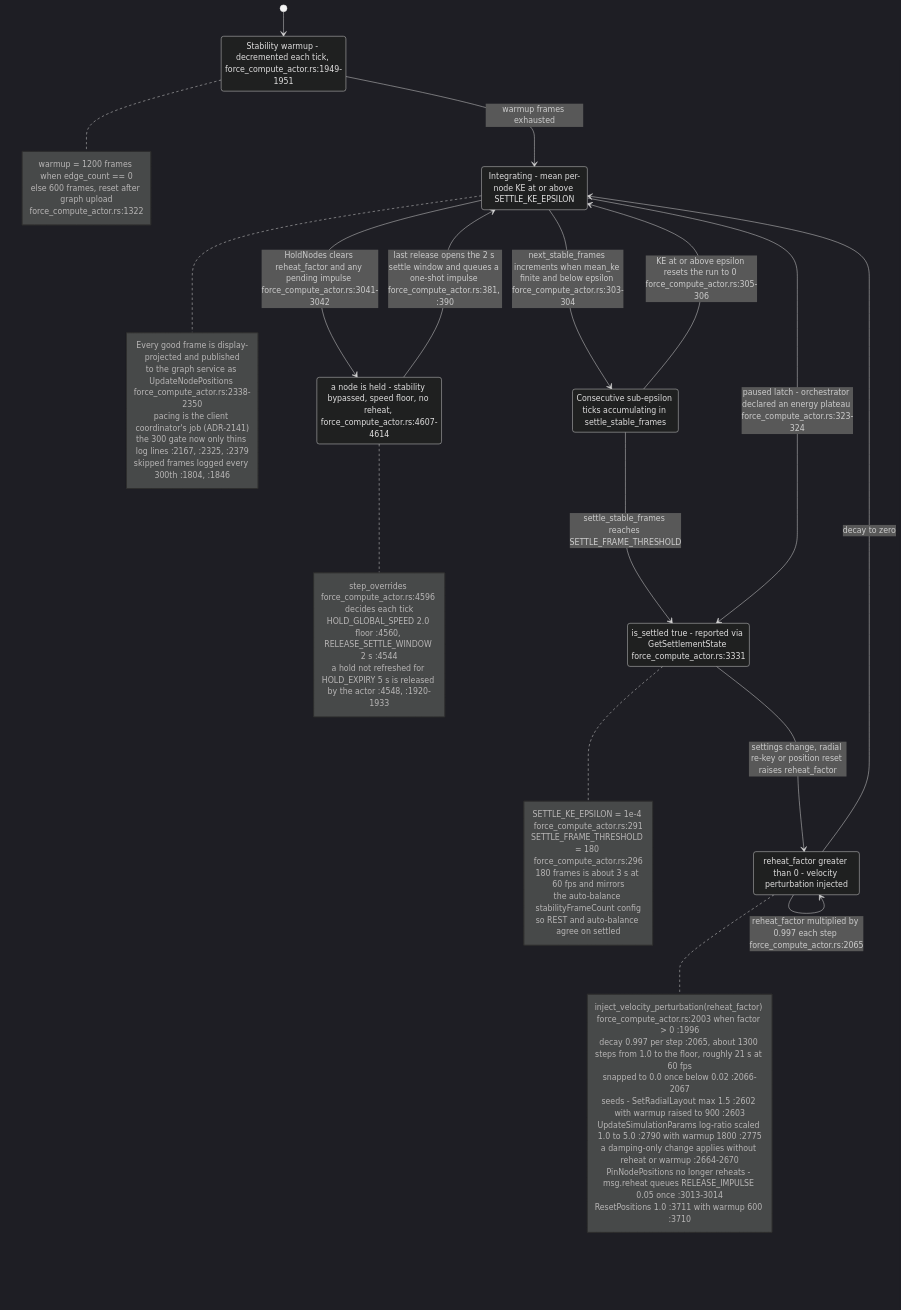
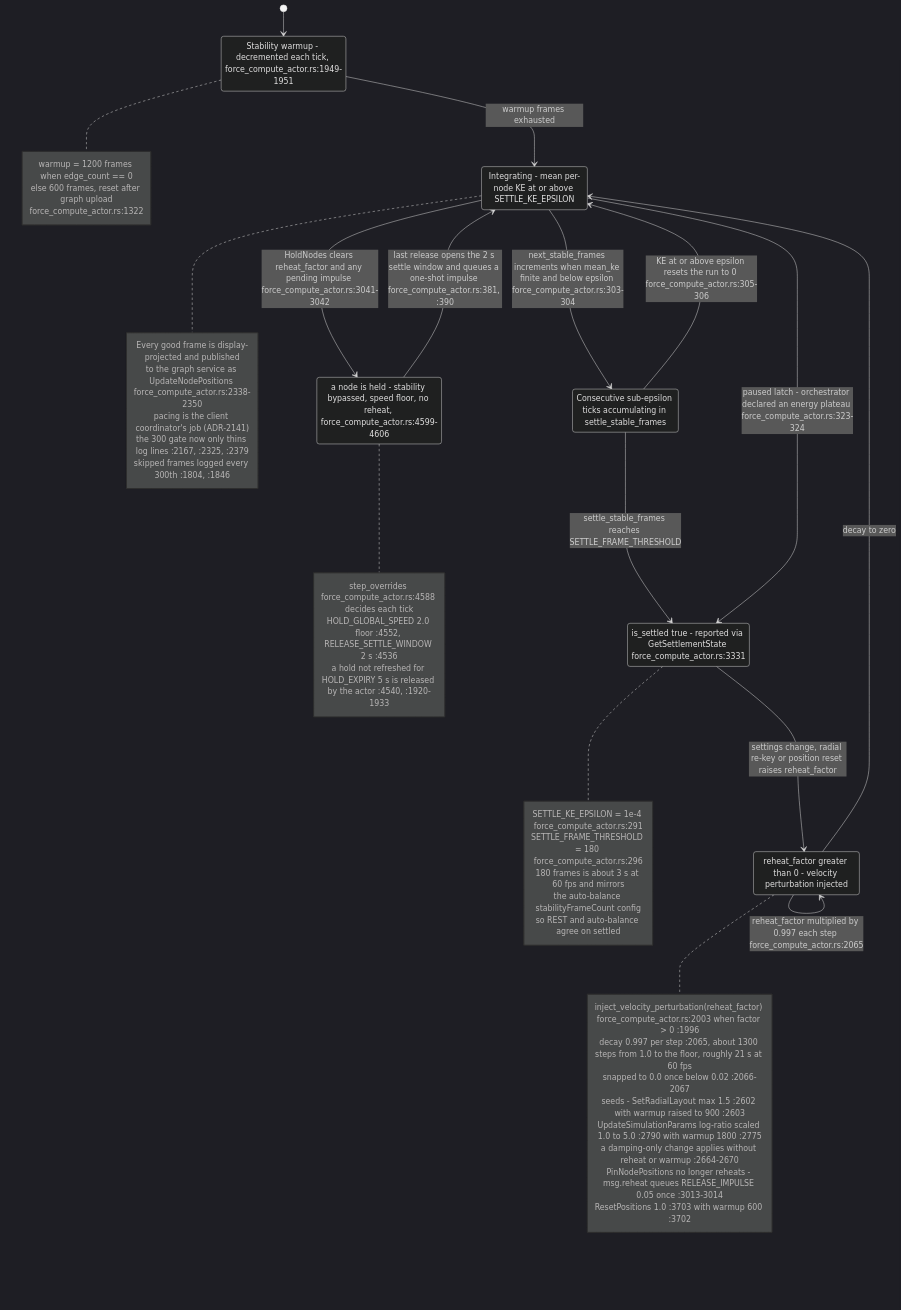
One commit to DreamLab-AI/VisionFlow changed the seventh of 9 diagrams in docs/diagrams/visionclaw/11-physics-step-and-force-channels.md. Above: the diagram before and after it, drawn with Mermaid (dark theme). The commit also changed other lines of this file and 46 other files, not shown here.

Commit message:
docs(diagrams): re-verify VisionClaw topics at 809a859aa/a950f4d80 after the consolidation pass

````diff
--- a/docs/diagrams/visionclaw/11-physics-step-and-force-channels.md
+++ b/docs/diagrams/visionclaw/11-physics-step-and-force-channels.md
@@ -277,56 +285,56 @@
 ```mermaid
 stateDiagram-v2
     [*] --> Warmup
     Warmup: Stability warmup - decremented each tick, force_compute_actor.rs:1949-1951
     Active: Integrating - mean per-node KE at or above SETTLE_KE_EPSILON
     Settling: Consecutive sub-epsilon ticks accumulating in settle_stable_frames
     Settled: is_settled true - reported via GetSettlementState force_compute_actor.rs:3331
     Reheated: reheat_factor greater than 0 - velocity perturbation injected
-    Held: a node is held - stability bypassed, speed floor, no reheat, force_compute_actor.rs:4607-4614
+    Held: a node is held - stability bypassed, speed floor, no reheat, force_compute_actor.rs:4599-4606
 
     Warmup --> Active: warmup frames exhausted
     Active --> Settling: next_stable_frames increments when mean_ke finite and below epsilon force_compute_actor.rs:303-304
     Settling --> Active: KE at or above epsilon resets the run to 0 force_compute_actor.rs:305-306
     Settling --> Settled: settle_stable_frames reaches SETTLE_FRAME_THRESHOLD
     Active --> Settled: paused latch - orchestrator declared an energy plateau force_compute_actor.rs:323-324
     Settled --> Reheated: settings change, radial re-key or position reset raises reheat_factor
     Reheated --> Active: decay to zero
     Reheated --> Reheated: reheat_factor multiplied by 0.997 each step force_compute_actor.rs:2065
     Active --> Held: HoldNodes clears reheat_factor and any pending impulse force_compute_actor.rs:3041-3042
     Held --> Active: last release opens the 2 s settle window and queues a one-shot impulse force_compute_actor.rs:381, :390
 
     note right of Warmup
         warmup = 1200 frames when edge_count == 0
         else 600 frames, reset after graph upload
         force_compute_actor.rs:1322
     end note
     note right of Settled
         SETTLE_KE_EPSILON = 1e-4 force_compute_actor.rs:291
         SETTLE_FRAME_THRESHOLD = 180 force_compute_actor.rs:296
         180 frames is about 3 s at 60 fps and mirrors
         the auto-balance stabilityFrameCount config
         so REST and auto-balance agree on settled
     end note
     note right of Reheated
         inject_velocity_perturbation(reheat_factor) force_compute_actor.rs:2003 when factor > 0 :1996
         decay 0.997 per step :2065, about 1300 steps from 1.0 to the floor, roughly 21 s at 60 fps
         snapped to 0.0 once below 0.02 :2066-2067
         seeds - SetRadialLayout max 1.5 :2602 with warmup raised to 900 :2603
         UpdateSimulationParams log-ratio scaled 1.0 to 5.0 :2790 with warmup 1800 :2775
         a damping-only change applies without reheat or warmup :2664-2670
         PinNodePositions no longer reheats - msg.reheat queues RELEASE_IMPULSE 0.05 once :3013-3014
-        ResetPositions 1.0 :3711 with warmup 600 :3710
+        ResetPositions 1.0 :3703 with warmup 600 :3702
     end note
     note right of Held
-        step_overrides force_compute_actor.rs:4596 decides each tick
-        HOLD_GLOBAL_SPEED 2.0 floor :4560, RELEASE_SETTLE_WINDOW 2 s :4544
-        a hold not refreshed for HOLD_EXPIRY 5 s is released by the actor :4548, :1920-1933
+        step_overrides force_compute_actor.rs:4588 decides each tick
+        HOLD_GLOBAL_SPEED 2.0 floor :4552, RELEASE_SETTLE_WINDOW 2 s :4536
+        a hold not refreshed for HOLD_EXPIRY 5 s is released by the actor :4540, :1920-1933
     end note
     note right of Active
         Every good frame is display-projected and published
         to the graph service as UpdateNodePositions force_compute_actor.rs:2338-2350
         pacing is the client coordinator's job (ADR-2141)
         the 300 gate now only thins log lines :2167, :2325, :2379
         skipped frames logged every 300th :1804, :1846
     end note
 ```
````
